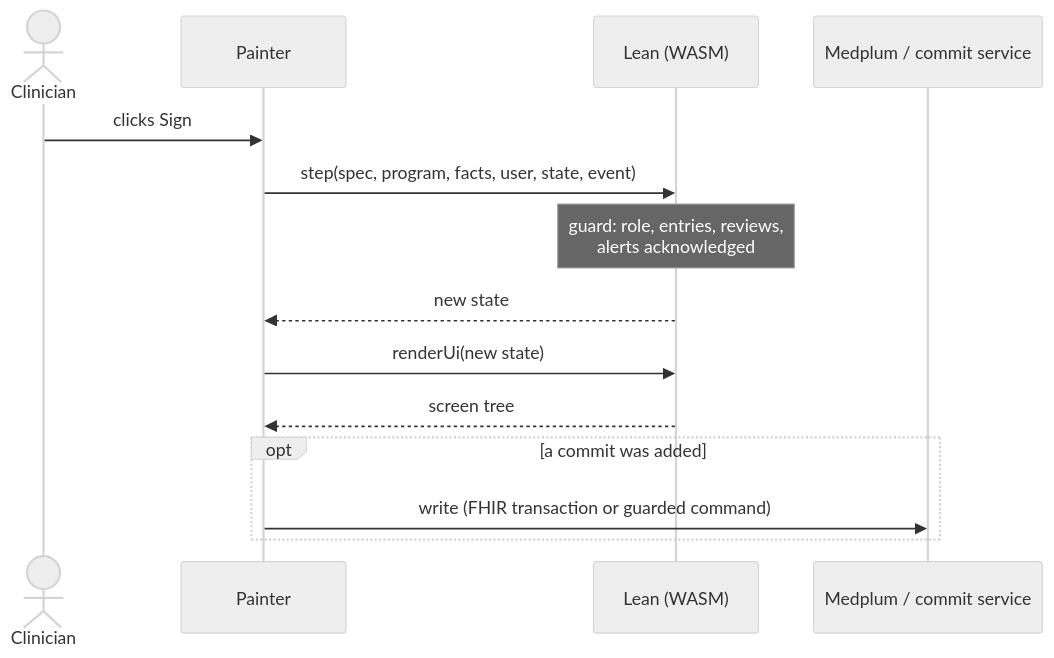
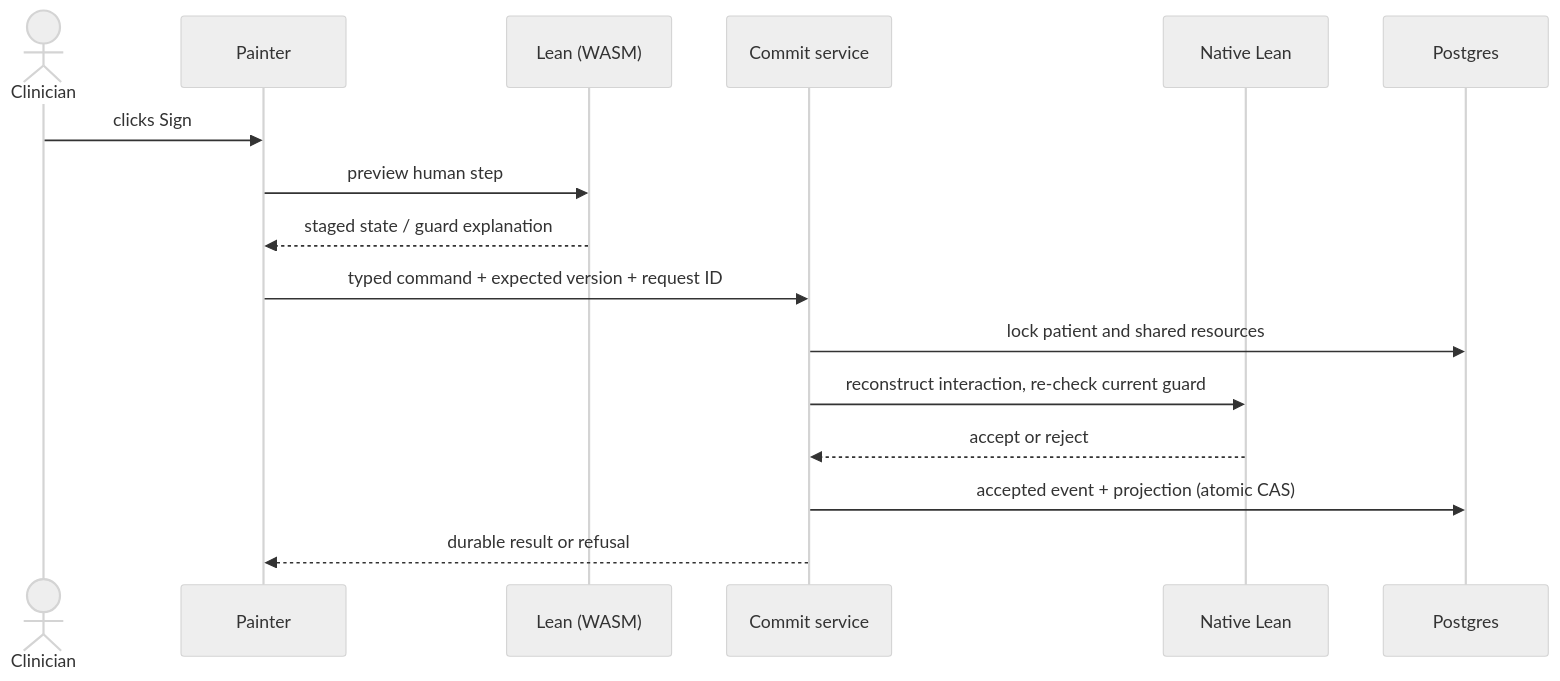
Before and after one commit to saithat/VGI-Health: the third of 3 diagrams in README.md, drawn with Mermaid (neutral theme). The commit also changed other lines of this file and 179 other files, not shown here.

First line of the commit message:
Remove Medplum: the Lean commit service is the only live store and writer

````diff
--- a/README.md
+++ b/README.md
@@ -138,16 +158,18 @@
 ```mermaid
 sequenceDiagram
   actor C as Clinician
   participant P as Painter
   participant L as Lean (WASM)
-  participant S as Medplum / commit service
+  participant S as Commit service
+  participant N as Native Lean
+  participant DB as Postgres
   C->>P: clicks Sign
-  P->>L: step(spec, program, facts, user, state, event)
-  Note over L: guard: role, entries, reviews,<br/>alerts acknowledged
-  L-->>P: new state
-  P->>L: renderUi(new state)
-  L-->>P: screen tree
-  opt a commit was added
-    P->>S: write (FHIR transaction or guarded command)
-  end
+  P->>L: preview human step
+  L-->>P: staged state / guard explanation
+  P->>S: typed command + expected version + request ID
+  S->>DB: lock patient and shared resources
+  S->>N: reconstruct interaction, re-check current guard
+  N-->>S: accept or reject
+  S->>DB: accepted event + projection (atomic CAS)
+  S-->>P: durable result or refusal
 ```
````
